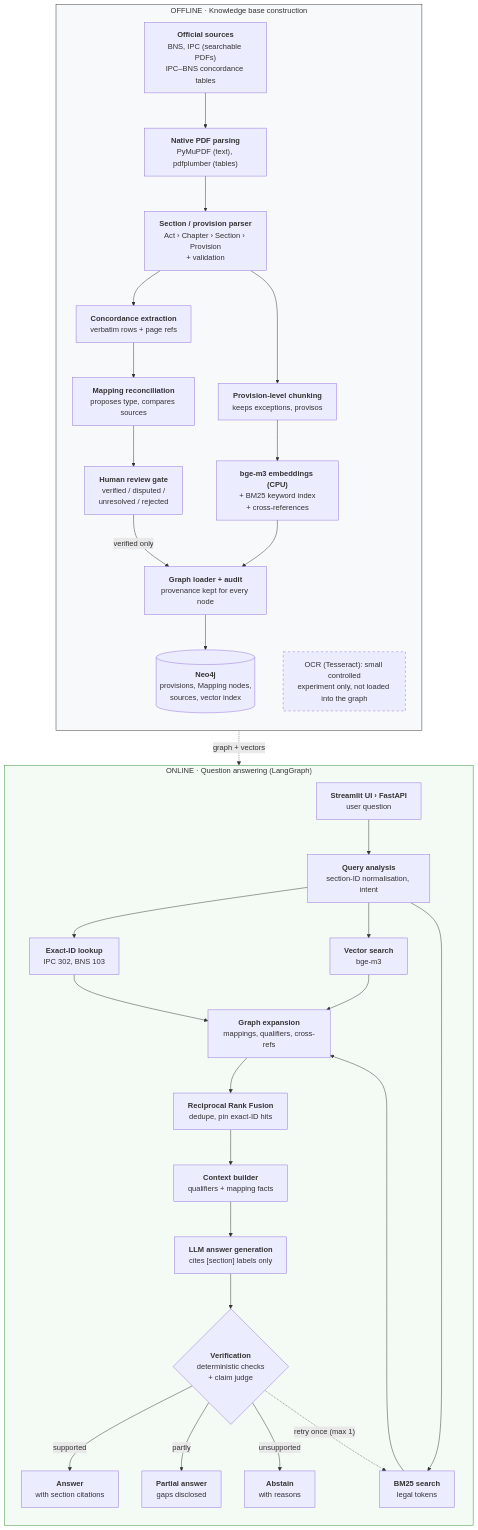
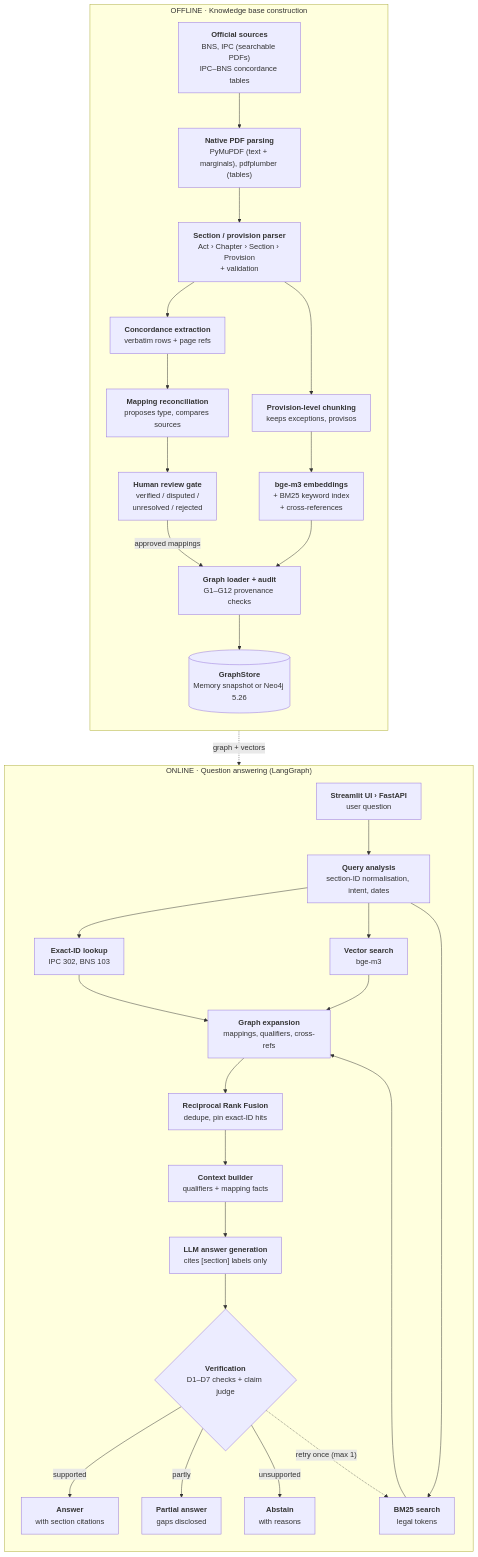
One commit to Shreya-13092006/legal_assistant_RAG changed the first of 4 diagrams in README.md. Above: the diagram before and after it, drawn with Mermaid. The commit also changed other lines of this file and 19 other files, not shown here.

````diff
--- a/README.md
+++ b/README.md
@@ -55,56 +235,51 @@
 ```mermaid
 flowchart TB
     subgraph OFFLINE["OFFLINE · Knowledge base construction"]
         direction TB
         S["<b>Official sources</b><br/>BNS, IPC (searchable PDFs)<br/>IPC–BNS concordance tables"]
-        P["<b>Native PDF parsing</b><br/>PyMuPDF (text), pdfplumber (tables)"]
+        P["<b>Native PDF parsing</b><br/>PyMuPDF (text + marginals), pdfplumber (tables)"]
         SP["<b>Section / provision parser</b><br/>Act › Chapter › Section › Provision<br/>+ validation"]
         CE["<b>Concordance extraction</b><br/>verbatim rows + page refs"]
         MR["<b>Mapping reconciliation</b><br/>proposes type, compares sources"]
         HR["<b>Human review gate</b><br/>verified / disputed /<br/>unresolved / rejected"]
         CH["<b>Provision-level chunking</b><br/>keeps exceptions, provisos"]
-        EM["<b>bge-m3 embeddings (CPU)</b><br/>+ BM25 keyword index<br/>+ cross-references"]
-        GL["<b>Graph loader + audit</b><br/>provenance kept for every node"]
-        DB[("<b>Neo4j</b><br/>provisions, Mapping nodes,<br/>sources, vector index")]
-        OCR["OCR (Tesseract): small controlled<br/>experiment only, not loaded into the graph"]
+        EM["<b>bge-m3 embeddings</b><br/>+ BM25 keyword index<br/>+ cross-references"]
+        GL["<b>Graph loader + audit</b><br/>G1–G12 provenance checks"]
+        DB[("<b>GraphStore</b><br/>Memory snapshot or Neo4j 5.26")]
 
         S --> P --> SP
         SP --> CE --> MR --> HR
         SP --> CH --> EM
-        HR -- "verified only" --> GL
+        HR -- "approved mappings" --> GL
         EM --> GL
         GL --> DB
     end
 
     subgraph ONLINE["ONLINE · Question answering (LangGraph)"]
         direction TB
         UI["<b>Streamlit UI › FastAPI</b><br/>user question"]
-        QA["<b>Query analysis</b><br/>section-ID normalisation, intent"]
+        QA["<b>Query analysis</b><br/>section-ID normalisation, intent, dates"]
         EX["<b>Exact-ID lookup</b><br/>IPC 302, BNS 103"]
         VS["<b>Vector search</b><br/>bge-m3"]
         BM["<b>BM25 search</b><br/>legal tokens"]
         GE["<b>Graph expansion</b><br/>mappings, qualifiers, cross-refs"]
         RRF["<b>Reciprocal Rank Fusion</b><br/>dedupe, pin exact-ID hits"]
         CB["<b>Context builder</b><br/>qualifiers + mapping facts"]
         GEN["<b>LLM answer generation</b><br/>cites [section] labels only"]
-        V{"<b>Verification</b><br/>deterministic checks<br/>+ claim judge"}
+        V{"<b>Verification</b><br/>D1–D7 checks + claim judge"}
         A1["<b>Answer</b><br/>with section citations"]
         A2["<b>Partial answer</b><br/>gaps disclosed"]
         A3["<b>Abstain</b><br/>with reasons"]
 
         UI --> QA
         QA --> EX & VS & BM
         EX & VS & BM --> GE
         GE --> RRF --> CB --> GEN --> V
         V -- supported --> A1
         V -- partly --> A2
         V -- unsupported --> A3
         V -. "retry once (max 1)" .-> BM
     end
 
     DB -. "graph + vectors" .-> GE
-
-    style OFFLINE fill:#f8f9fb,stroke:#333
-    style ONLINE fill:#f4fbf4,stroke:#2e8b2e
-    style OCR stroke-dasharray: 5 5
 ```
````
